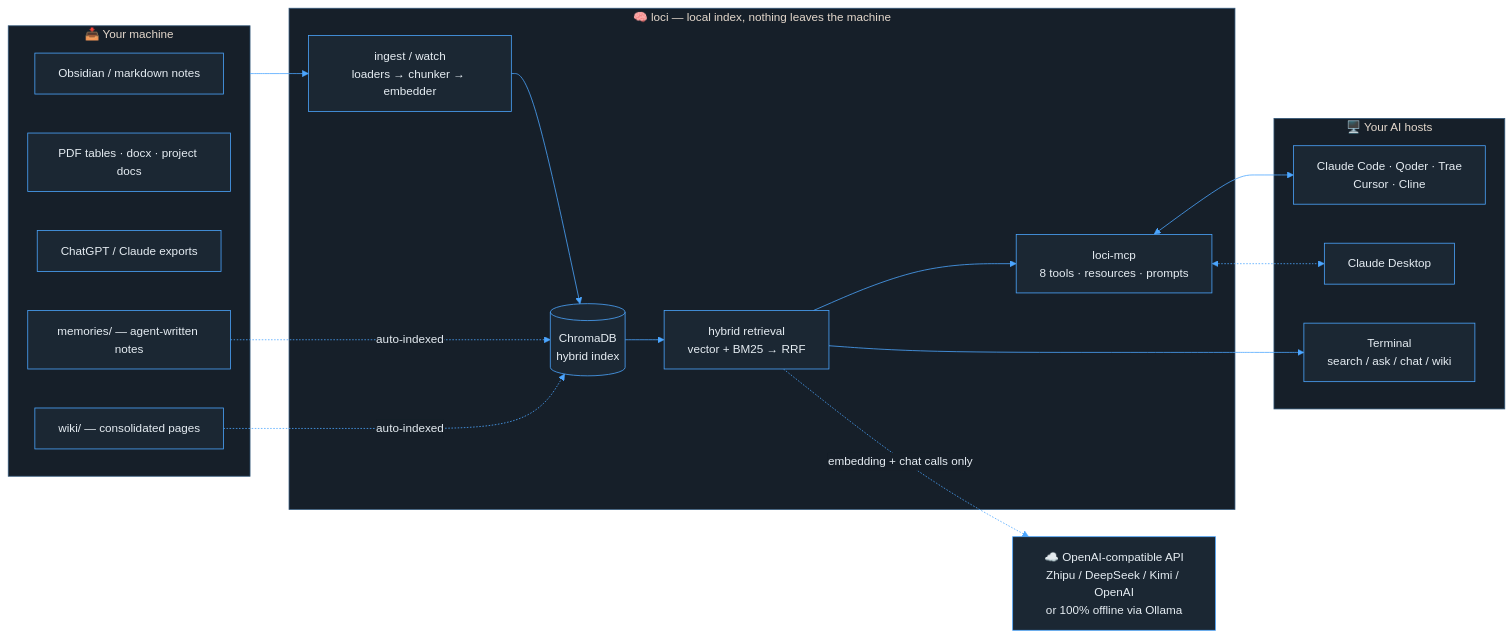
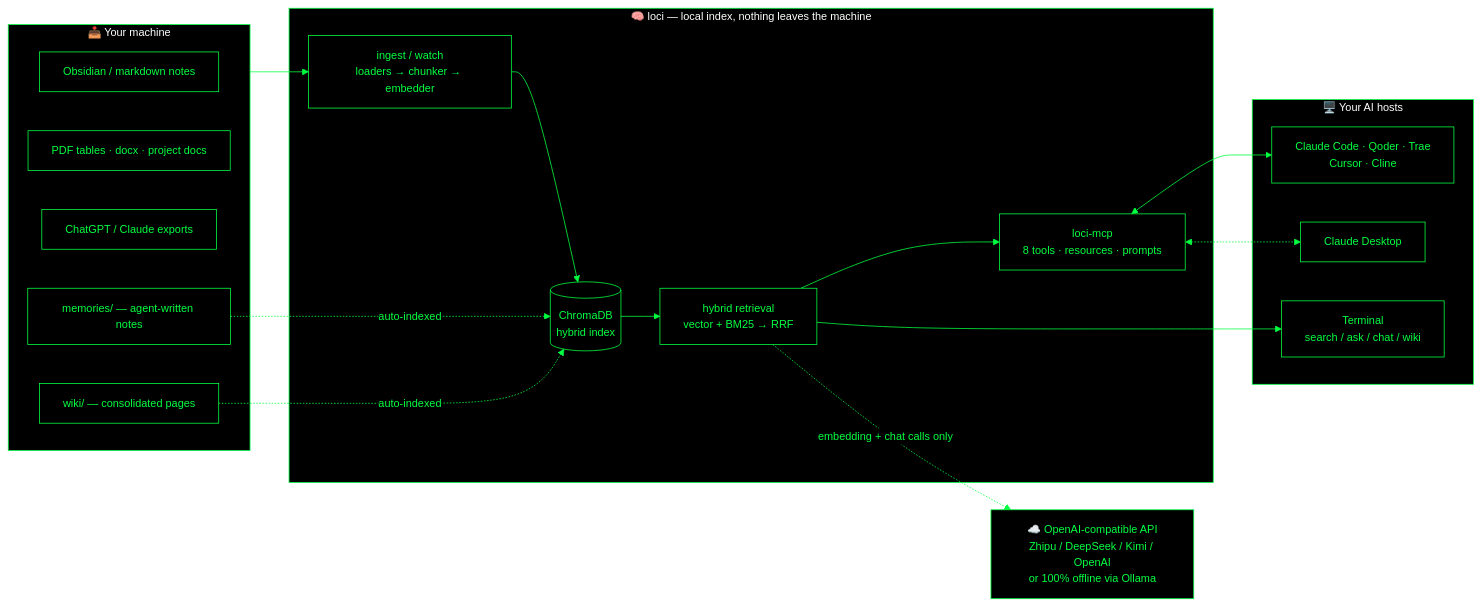
The first of 3 diagrams in README.md (IvenKooLab/loci), drawn with Mermaid before and after one commit. The commit also changed other lines of this file, not shown here.

Commit message:
docs: restore neon matrix theme; sans-serif font + 14px fixes label overflow

````diff
--- a/README.md
+++ b/README.md
@@ -112,36 +112,36 @@
 ```mermaid
-%%{init: {'theme':'base','themeVariables':{'background':'transparent','primaryColor':'#1B2733','primaryTextColor':'#E6EDF3','primaryBorderColor':'#4CA6FF','lineColor':'#4CA6FF','secondaryColor':'#22303F','tertiaryColor':'#1B2733','clusterBkg':'#161F29','clusterBorder':'#31577A','edgeLabelBackground':'#161F29','fontSize':'15px','fontFamily':'ui-sans-serif, system-ui, sans-serif'},'themeCSS':'.nodeLabel { color: #E6EDF3 !important; } .edgeLabel { color: #9FC3E8 !important; } .cluster-label { color: #7FB3E8 !important; }'}}%%
+%%{init: {'theme':'base','themeVariables':{'background':'#000000','primaryColor':'#000000','primaryTextColor':'#00FF41','primaryBorderColor':'#00FF41','lineColor':'#00FF41','secondaryColor':'#001a00','tertiaryColor':'#000000','clusterBkg':'#000000','clusterBorder':'#00FF41','edgeLabelBackground':'#000000','fontSize':'14px','fontFamily':'trebuchet ms, verdana, arial, sans-serif'},'themeCSS':'.nodeLabel { color: #00FF41 !important; } .edgeLabel { background: #000 !important; color: #00FF41 !important; } .cluster-label { color: #00FF41 !important; }'}}%%
 flowchart LR
     subgraph sources["📥 Your machine"]
         notes["Obsidian / markdown notes"]
         docs["PDF tables · docx · project docs"]
         chats["ChatGPT / Claude exports"]
         mem["memories/ — agent-written notes"]
         wikidir["wiki/ — consolidated pages"]
     end
 
     subgraph loci["🧠 loci — local index, nothing leaves the machine"]
         ingest["ingest / watch<br>loaders → chunker → embedder"]
         store[("ChromaDB<br>hybrid index")]
         retrieve["hybrid retrieval<br>vector + BM25 → RRF"]
         mcp["loci-mcp<br>8 tools · resources · prompts"]
     end
 
     subgraph hosts["🖥️ Your AI hosts"]
         ide["Claude Code · Qoder · Trae<br>Cursor · Cline"]
         desktop["Claude Desktop"]
         term["Terminal<br>search / ask / chat / wiki"]
     end
 
     api["☁️ OpenAI-compatible API<br>Zhipu / DeepSeek / Kimi / OpenAI<br>or 100% offline via Ollama"]
 
     sources --> ingest --> store
     mem -. auto-indexed .-> store
     wikidir -. auto-indexed .-> store
     store --> retrieve
     retrieve --> term
     retrieve --> mcp
     mcp <--> ide
     mcp <-.-> desktop
     retrieve -. "embedding + chat calls only" .-> api
 ```
````
